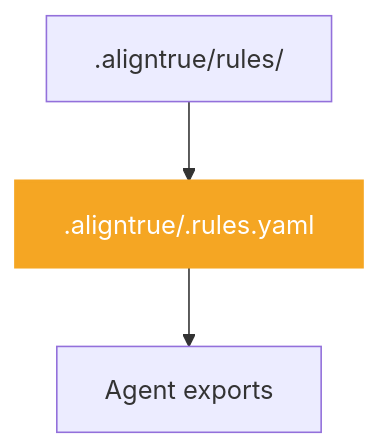
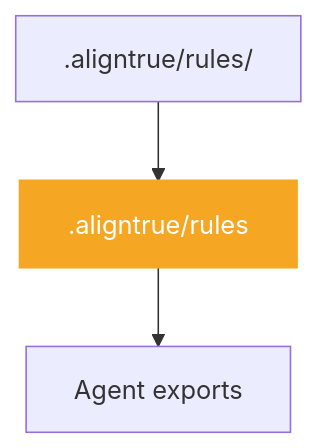
Before and after one commit to AlignTrue/aligntrue-sync: the first of 2 diagrams in apps/docs/content/00-getting-started/02-solo-vs-team-mode.md, drawn with Mermaid. The commit also changed other lines of this file and 86 other files, not shown here.

First line of the commit message:
refactor(docs): Update references from `.aligntrue/.rules.yaml` to `.aligntrue/rules`

````diff
--- a/apps/docs/content/00-getting-started/02-solo-vs-team-mode.md
+++ b/apps/docs/content/00-getting-started/02-solo-vs-team-mode.md
@@ -40,7 +40,7 @@
 ```mermaid
 graph TD
-    S1[.aligntrue/rules/] --> S2[.aligntrue/.rules.yaml]
+    S1[.aligntrue/rules/] --> S2[.aligntrue/rules]
     S2 --> S3[Agent exports]
 
     style S2 fill:#F5A623,stroke:#F5A623,color:#fff,stroke-width:2px
 ```
````
